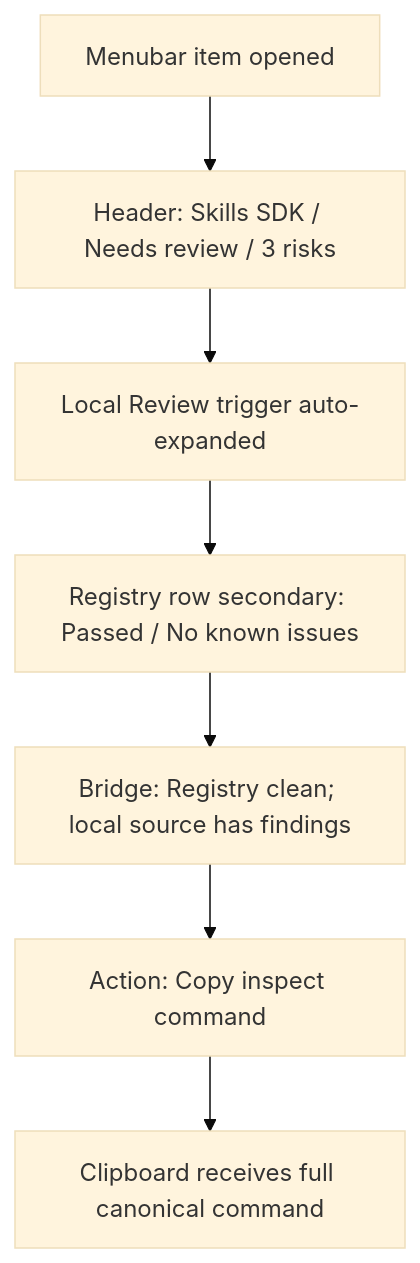
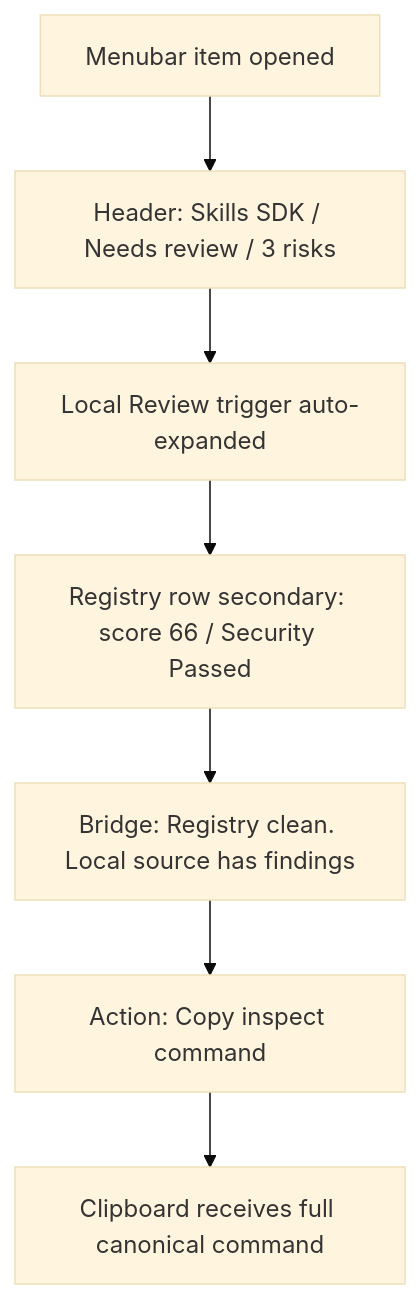
The diagram in .harness/specs/2026-07-09-skills-sdk-menubar-review-popover-spec.md (jscraik/skillsbar), drawn with Mermaid (base theme) before and after one commit. The commit also changed other lines of this file and 16 other files, not shown here.

````diff
--- a/.harness/specs/2026-07-09-skills-sdk-menubar-review-popover-spec.md
+++ b/.harness/specs/2026-07-09-skills-sdk-menubar-review-popover-spec.md
@@ -305,9 +385,9 @@
 ```mermaid
 flowchart TD
   A["Menubar item opened"] --> B["Header: Skills SDK / Needs review / 3 risks"]
   B --> C["Local Review trigger auto-expanded"]
-  C --> D["Registry row secondary: Passed / No known issues"]
-  D --> E["Bridge: Registry clean; local source has findings"]
+  C --> D["Registry row secondary: score 66 / Security Passed"]
+  D --> E["Bridge: Registry clean. Local source has findings"]
   E --> F["Action: Copy inspect command"]
   F --> G["Clipboard receives full canonical command"]
 ```
````
